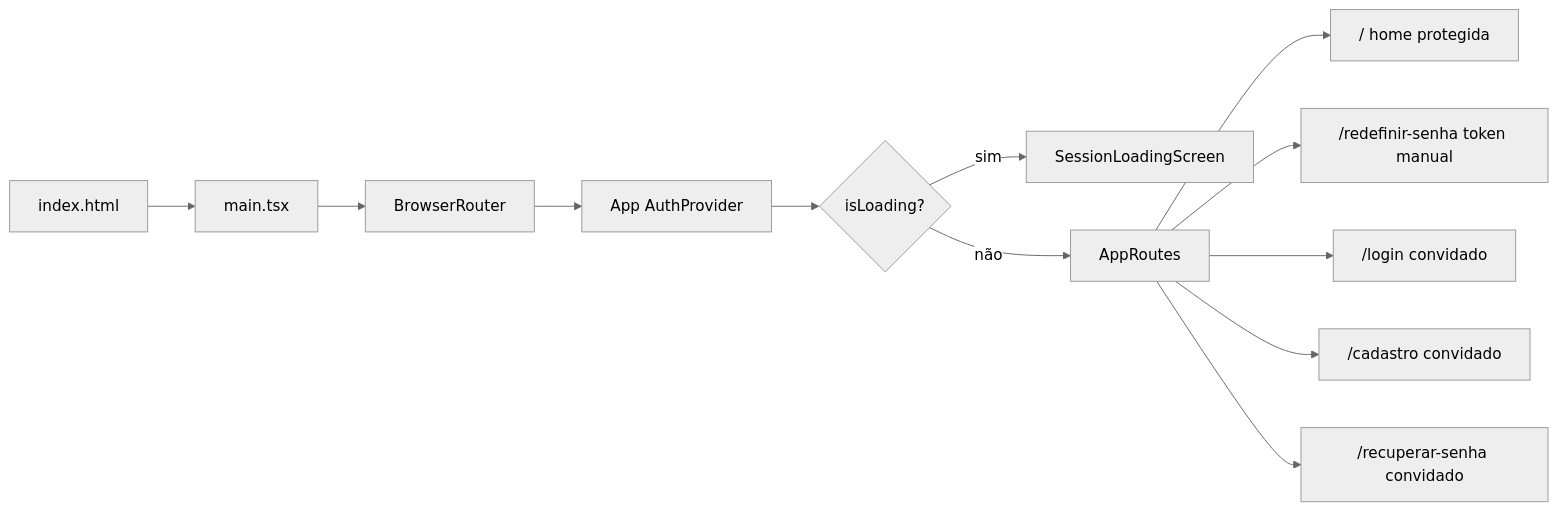
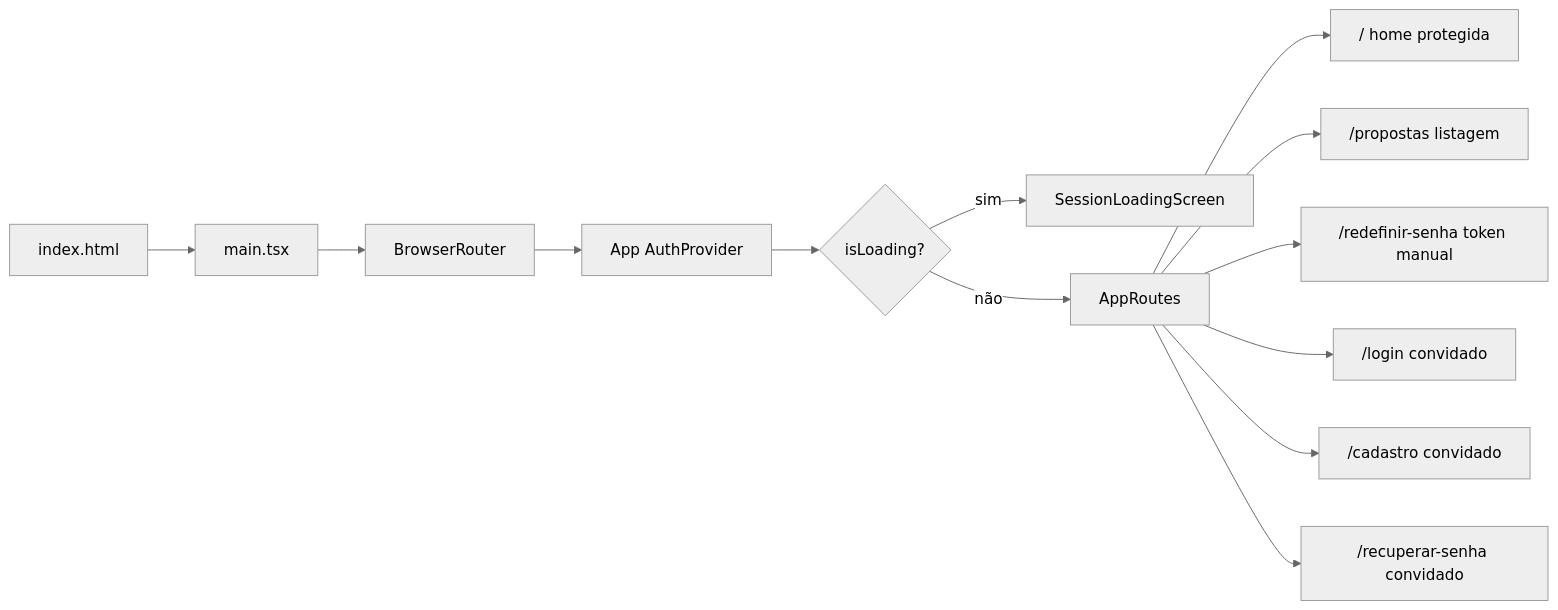
The diagram in docs/ESTADO-ATUAL.md (thesignsSS/rafael-bot-app), drawn with Mermaid (neutral theme) before and after one commit. The commit also changed other lines of this file and 23 other files, not shown here.

````diff
--- a/docs/ESTADO-ATUAL.md
+++ b/docs/ESTADO-ATUAL.md
@@ -77,14 +80,15 @@
 ```mermaid
 flowchart LR
   indexHtml[index.html] --> mainTsx[main.tsx]
   mainTsx --> router[BrowserRouter]
   router --> app[App AuthProvider]
   app --> loading{isLoading?}
   loading -->|sim| spinner[SessionLoadingScreen]
   loading -->|não| routes[AppRoutes]
   routes --> home["/ home protegida"]
+  routes --> propostas["/propostas listagem"]
   routes --> redefinir["/redefinir-senha token manual"]
   routes --> login["/login convidado"]
   routes --> cadastro["/cadastro convidado"]
   routes --> recuperar["/recuperar-senha convidado"]
 ```
````
